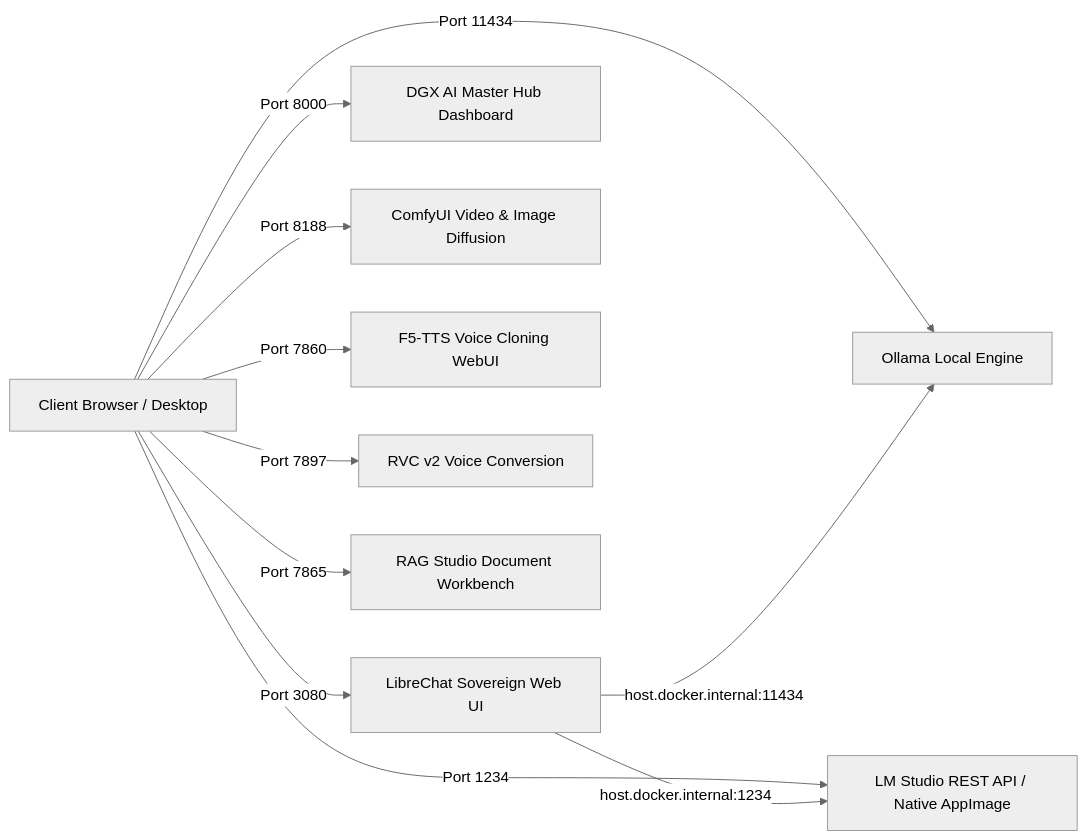
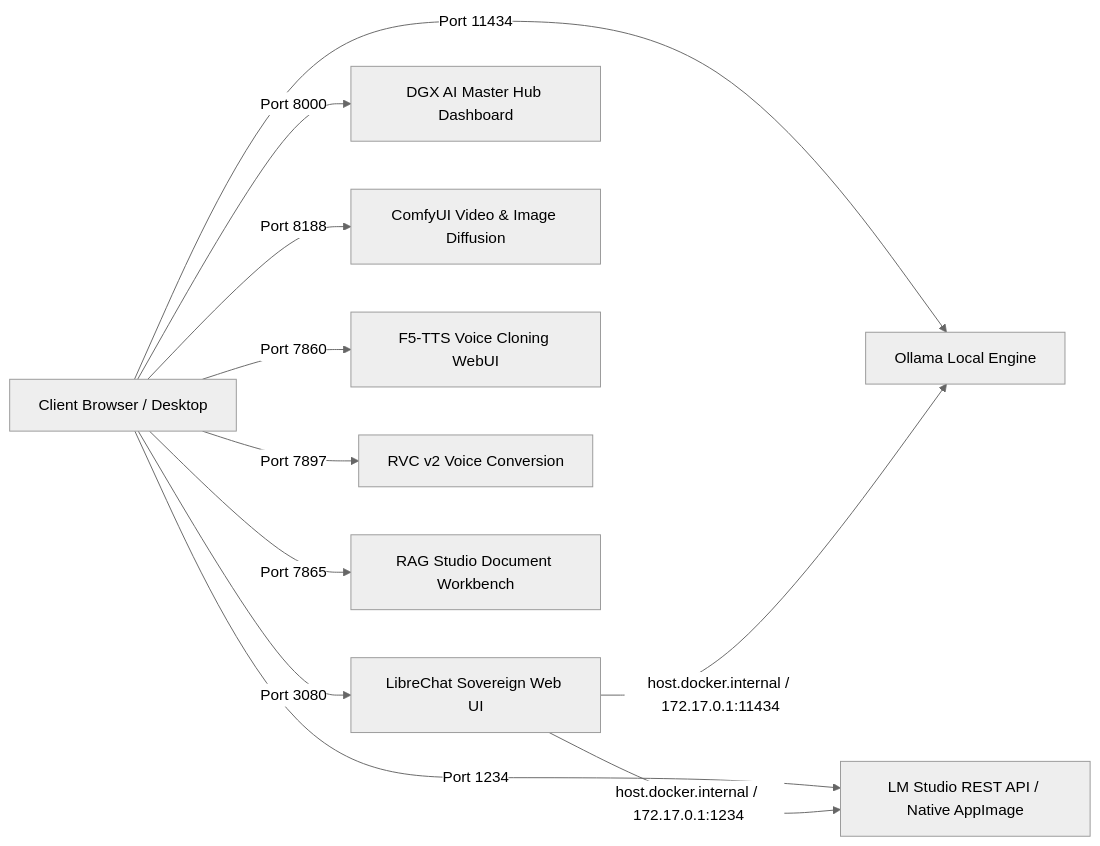
The second of 2 diagrams in README.md (AjarnSpencer/dgx-spark-agentic-blueprint), drawn with Mermaid (neutral theme) before and after one commit. The commit also changed other lines of this file and 1 other file, not shown here.

````diff
--- a/README.md
+++ b/README.md
@@ -187,14 +187,14 @@
 ```mermaid
 flowchart LR
     Browser["Client Browser / Desktop"] -->|Port 3080| LibreChat["LibreChat Sovereign Web UI"]
     Browser -->|Port 8000| AIHub["DGX AI Master Hub Dashboard"]
     Browser -->|Port 1234| LMStudio["LM Studio REST API / Native AppImage"]
     Browser -->|Port 11434| Ollama["Ollama Local Engine"]
     Browser -->|Port 8188| ComfyUI["ComfyUI Video & Image Diffusion"]
     Browser -->|Port 7860| F5TTS["F5-TTS Voice Cloning WebUI"]
     Browser -->|Port 7897| RVC["RVC v2 Voice Conversion"]
     Browser -->|Port 7865| RAGStudio["RAG Studio Document Workbench"]
 
-    LibreChat -->|host.docker.internal:11434| Ollama
-    LibreChat -->|host.docker.internal:1234| LMStudio
+    LibreChat -->|host.docker.internal / 172.17.0.1:11434| Ollama
+    LibreChat -->|host.docker.internal / 172.17.0.1:1234| LMStudio
 ```
````
